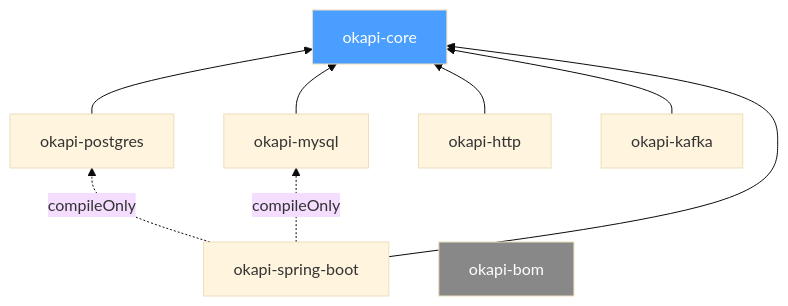
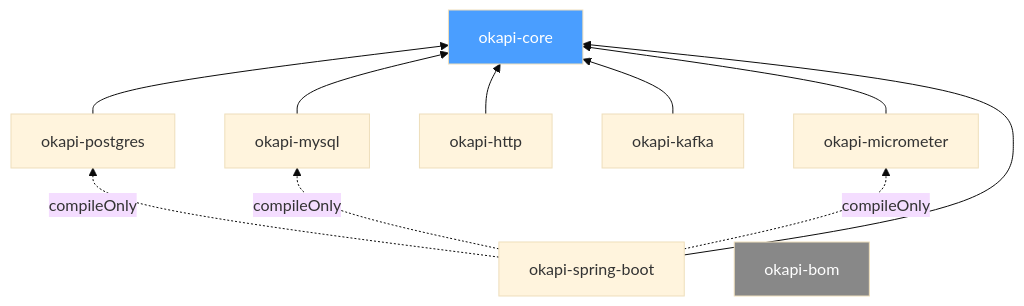
Before and after one commit to softwaremill/okapi: the diagram in README.md, drawn with Mermaid (base theme). The commit also changed other lines of this file and 22 other files, not shown here.

First line of the commit message:
feat: Observability — OutboxProcessorListener + okapi-micrometer module (KOJAK-44) (#27)

````diff
--- a/README.md
+++ b/README.md
@@ -100,14 +157,16 @@
 ```mermaid
 graph BT
     PG[okapi-postgres] --> CORE[okapi-core]
     MY[okapi-mysql] --> CORE
     HTTP[okapi-http] --> CORE
     KAFKA[okapi-kafka] --> CORE
+    MICRO[okapi-micrometer] --> CORE
     SPRING[okapi-spring-boot] --> CORE
     SPRING -.->|compileOnly| PG
     SPRING -.->|compileOnly| MY
+    SPRING -.->|compileOnly| MICRO
     BOM[okapi-bom]
 
     style CORE fill:#4a9eff,color:#fff
     style BOM fill:#888,color:#fff
 ```
````
